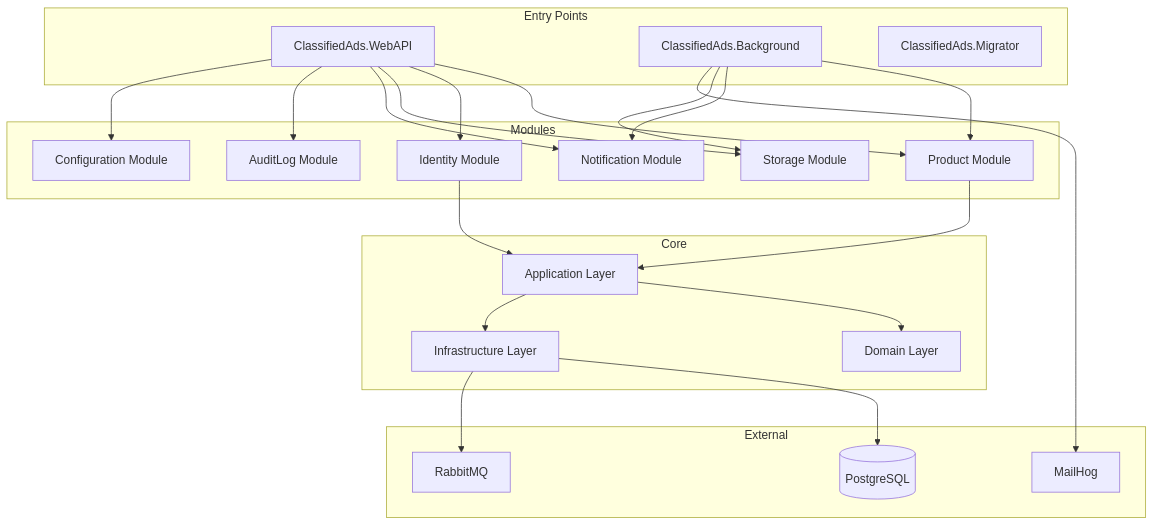
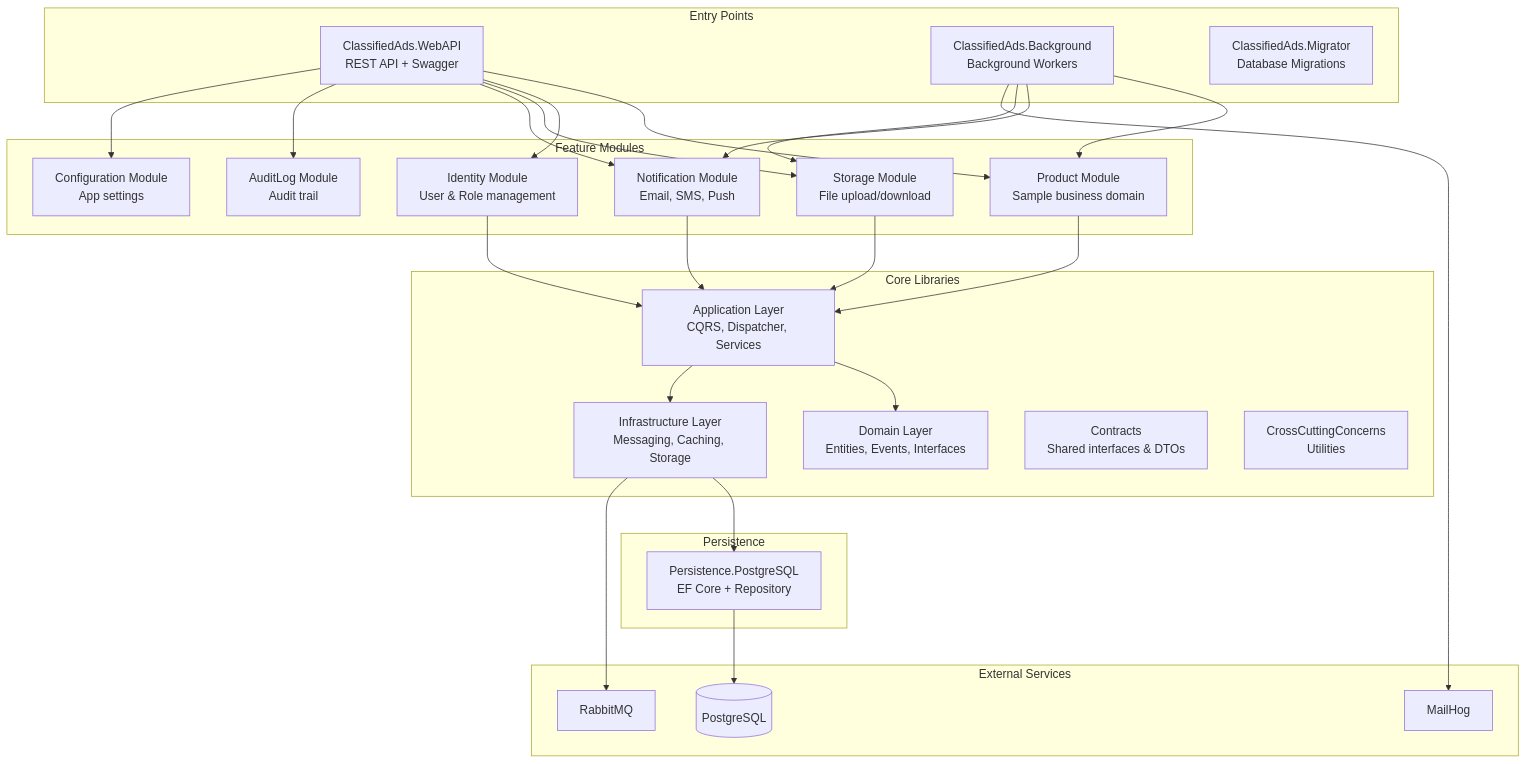
Before and after one commit to tinse-22/GSP26SE43.ModularMonolith: the diagram in docs-architecture/README.md, drawn with Mermaid. The commit also changed other lines of this file and 4 other files, not shown here.

````diff
--- a/docs-architecture/README.md
+++ b/docs-architecture/README.md
@@ -61,49 +73,47 @@
 ```mermaid
 graph TB
     subgraph "Entry Points"
-        WebAPI[ClassifiedAds.WebAPI]
-        Background[ClassifiedAds.Background]
-        Migrator[ClassifiedAds.Migrator]
+        WebAPI[ClassifiedAds.WebAPI<br/>REST API + Swagger]
+        Background[ClassifiedAds.Background<br/>Background Workers]
+        Migrator[ClassifiedAds.Migrator<br/>Database Migrations]
     end
 
-    subgraph "Modules"
-        Product[Product Module]
-        Identity[Identity Module]
-        Storage[Storage Module]
-        Notification[Notification Module]
-        AuditLog[AuditLog Module]
-        Config[Configuration Module]
+    subgraph "Feature Modules"
+        Product[Product Module<br/>Sample business domain]
+        Identity[Identity Module<br/>User & Role management]
+        Storage[Storage Module<br/>File upload/download]
+        Notification[Notification Module<br/>Email, SMS, Push]
+        AuditLog[AuditLog Module<br/>Audit trail]
+        Config[Configuration Module<br/>App settings]
     end
 
-    subgraph "Core"
-        App[Application Layer]
-        Domain[Domain Layer]
-        Infra[Infrastructure Layer]
+    subgraph "Core Libraries"
+        App[Application Layer<br/>CQRS, Dispatcher, Services]
+        Domain[Domain Layer<br/>Entities, Events, Interfaces]
+        Infra[Infrastructure Layer<br/>Messaging, Caching, Storage]
+        Contracts[Contracts<br/>Shared interfaces & DTOs]
+        CrossCut[CrossCuttingConcerns<br/>Utilities]
     end
 
-    subgraph "External"
+    subgraph "Persistence"
+        PostgreSQL[Persistence.PostgreSQL<br/>EF Core + Repository]
+    end
+
+    subgraph "External Services"
         DB[(PostgreSQL)]
         MQ[RabbitMQ]
         Mail[MailHog]
     end
 
-    WebAPI --> Product
-    WebAPI --> Identity
-    WebAPI --> Storage
-    WebAPI --> Notification
-    WebAPI --> AuditLog
-    WebAPI --> Config
+    WebAPI --> Product & Identity & Storage & Notification & AuditLog & Config
+    Background --> Product & Notification & Storage
 
-    Background --> Product
-    Background --> Notification
-    Background --> Storage
-
-    Product --> App
-    Identity --> App
+    Product & Identity & Storage & Notification --> App
     App --> Domain
     App --> Infra
+    Infra --> PostgreSQL
 
-    Infra --> DB
+    PostgreSQL --> DB
     Infra --> MQ
     Background --> Mail
 ```
````
